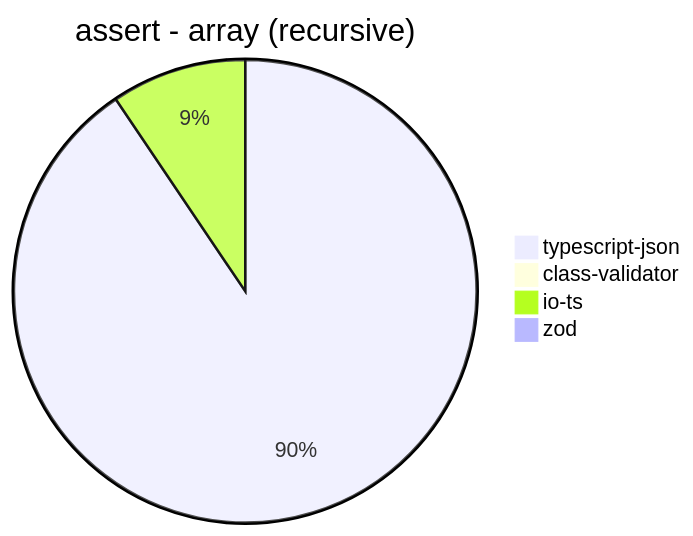
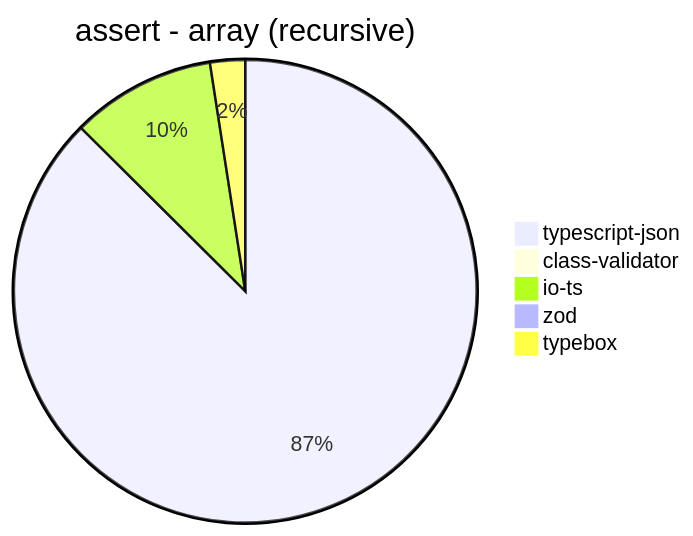
One commit to samchon/typia changed diagram 13 of 39 in benchmark/results/AMD Ryzen 7 5800H with Radeon Graphics.md. Above: the diagram before and after it, drawn with Mermaid. The commit also changed other lines of this file and 6 other files, not shown here.

````diff
--- a/benchmark/results/AMD Ryzen 7 5800H with Radeon Graphics.md
+++ b/benchmark/results/AMD Ryzen 7 5800H with Radeon Graphics.md
@@ -154,7 +166,8 @@
 ```mermaid
 pie title assert - array (recursive)
-  "typescript-json": 1708.4982099114377
-  "class-validator": 3.7871615224389323
-  "io-ts": 178.1045751633987
-  "zod": 9.123740733700817
+  "typescript-json": 1502.034776174621
+  "class-validator": 3.387278885961611
+  "io-ts": 173.47509792949077
+  "zod": 9.125475285171103
+  "typebox": 42.00112002986746
 ```
````
